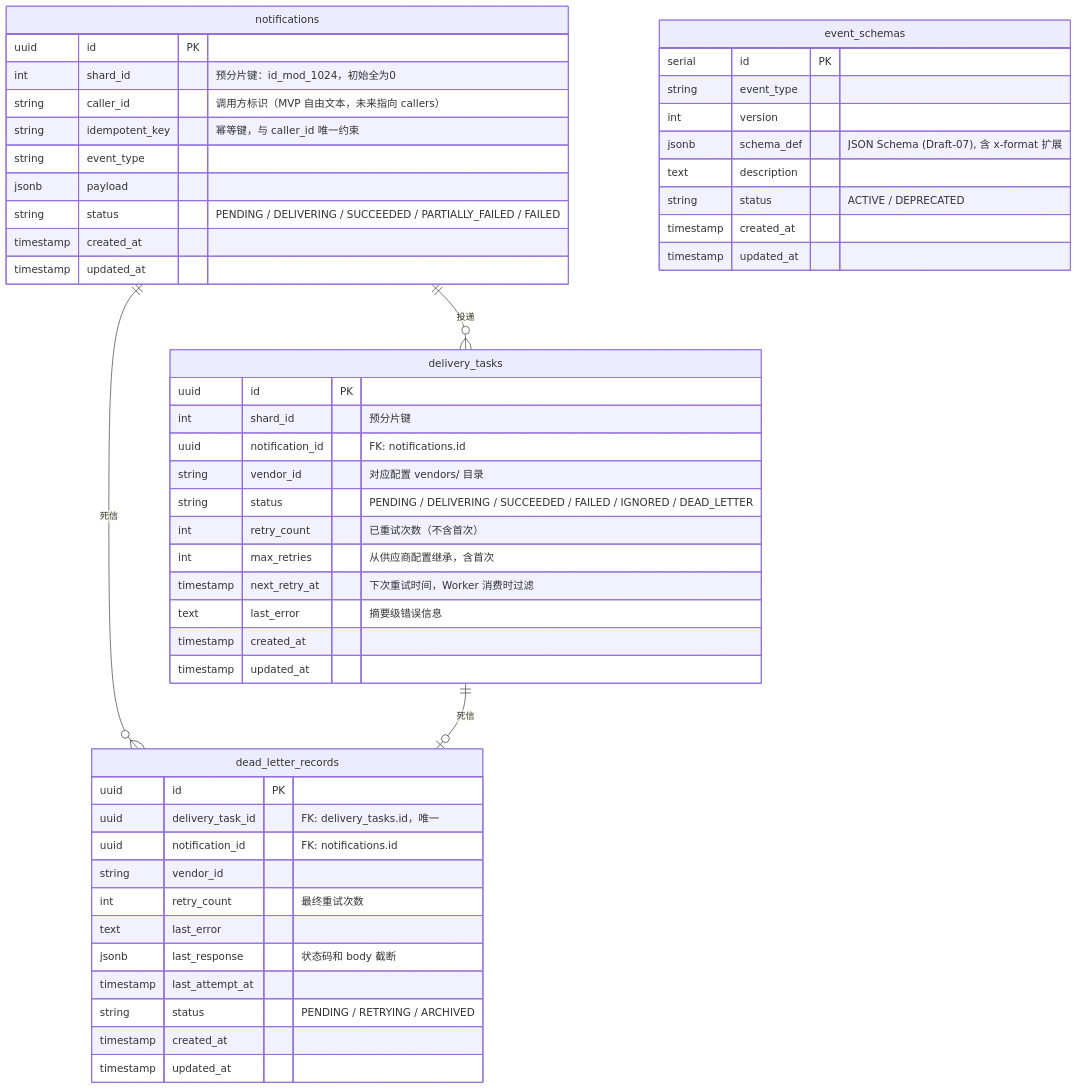
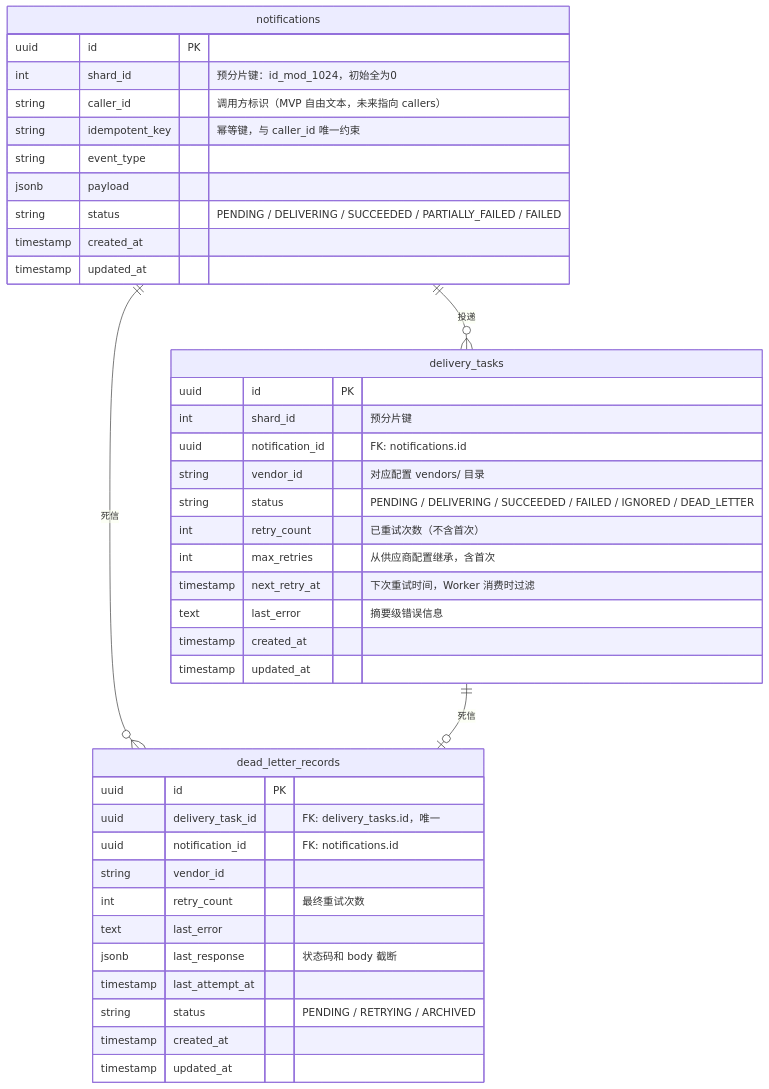
Before and after one commit to xnslong/rc_xnslong: the third of 20 diagrams in doc/requirements/202605-notification-design-dd.md, drawn with Mermaid. The commit also changed other lines of this file, not shown here.

First line of the commit message:
docs(dd): 移除 event_schemas 表，改为纯 Git 管理

````diff
--- a/doc/requirements/202605-notification-design-dd.md
+++ b/doc/requirements/202605-notification-design-dd.md
@@ -197,57 +197,46 @@
 ```mermaid
 erDiagram
     notifications {
         uuid        id              PK
         int         shard_id        "预分片键：id_mod_1024，初始全为0"
         string      caller_id       "调用方标识（MVP 自由文本，未来指向 callers）"
         string      idempotent_key  "幂等键，与 caller_id 唯一约束"
         string      event_type
         jsonb       payload
         string      status          "PENDING / DELIVERING / SUCCEEDED / PARTIALLY_FAILED / FAILED"
         timestamp   created_at
         timestamp   updated_at
     }
 
     delivery_tasks {
         uuid        id               PK
         int         shard_id         "预分片键"
         uuid        notification_id  "FK: notifications.id"
         string      vendor_id        "对应配置 vendors/ 目录"
         string      status           "PENDING / DELIVERING / SUCCEEDED / FAILED / IGNORED / DEAD_LETTER"
         int         retry_count      "已重试次数（不含首次）"
         int         max_retries      "从供应商配置继承，含首次"
         timestamp   next_retry_at    "下次重试时间，Worker 消费时过滤"
         text        last_error       "摘要级错误信息"
         timestamp   created_at
         timestamp   updated_at
     }
 
     dead_letter_records {
         uuid        id                PK
         uuid        delivery_task_id  "FK: delivery_tasks.id，唯一"
         uuid        notification_id   "FK: notifications.id"
         string      vendor_id
         int         retry_count       "最终重试次数"
         text        last_error
         jsonb       last_response     "状态码和 body 截断"
         timestamp   last_attempt_at
         string      status            "PENDING / RETRYING / ARCHIVED"
         timestamp   created_at
         timestamp   updated_at
     }
 
-    event_schemas {
-        serial      id              PK
-        string      event_type
-        int         version
-        jsonb       schema_def      "JSON Schema (Draft-07), 含 x-format 扩展"
-        text        description
-        string      status          "ACTIVE / DEPRECATED"
-        timestamp   created_at
-        timestamp   updated_at
-    }
-
     notifications ||--o{ delivery_tasks : "投递"
     notifications ||--o{ dead_letter_records : "死信"
     delivery_tasks ||--o| dead_letter_records : "死信"
 ```
````
